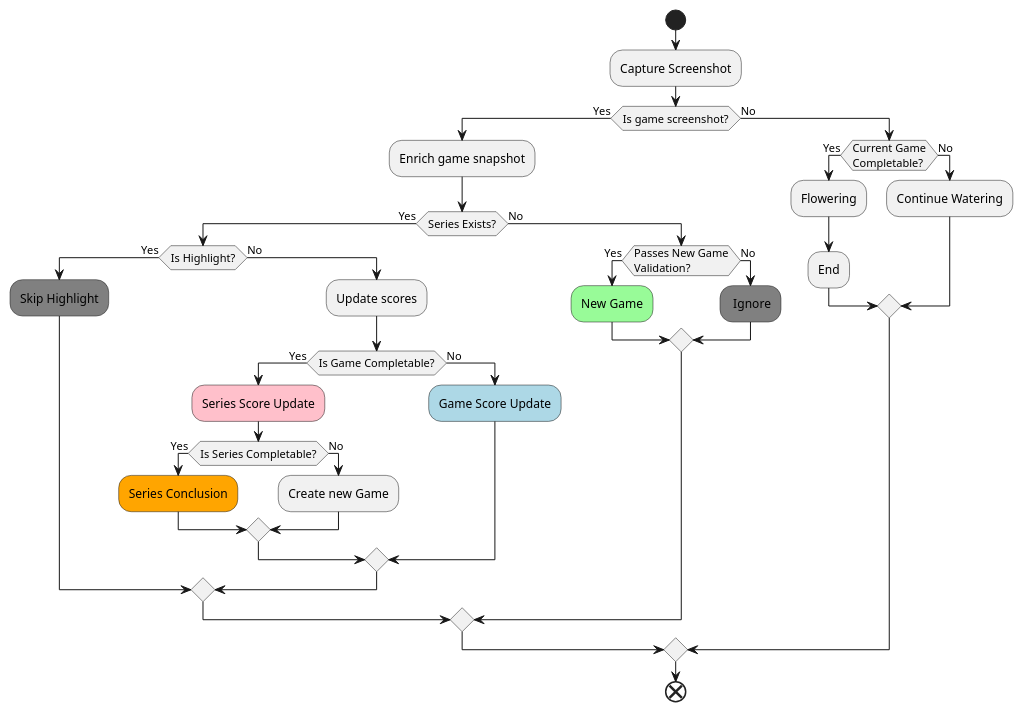
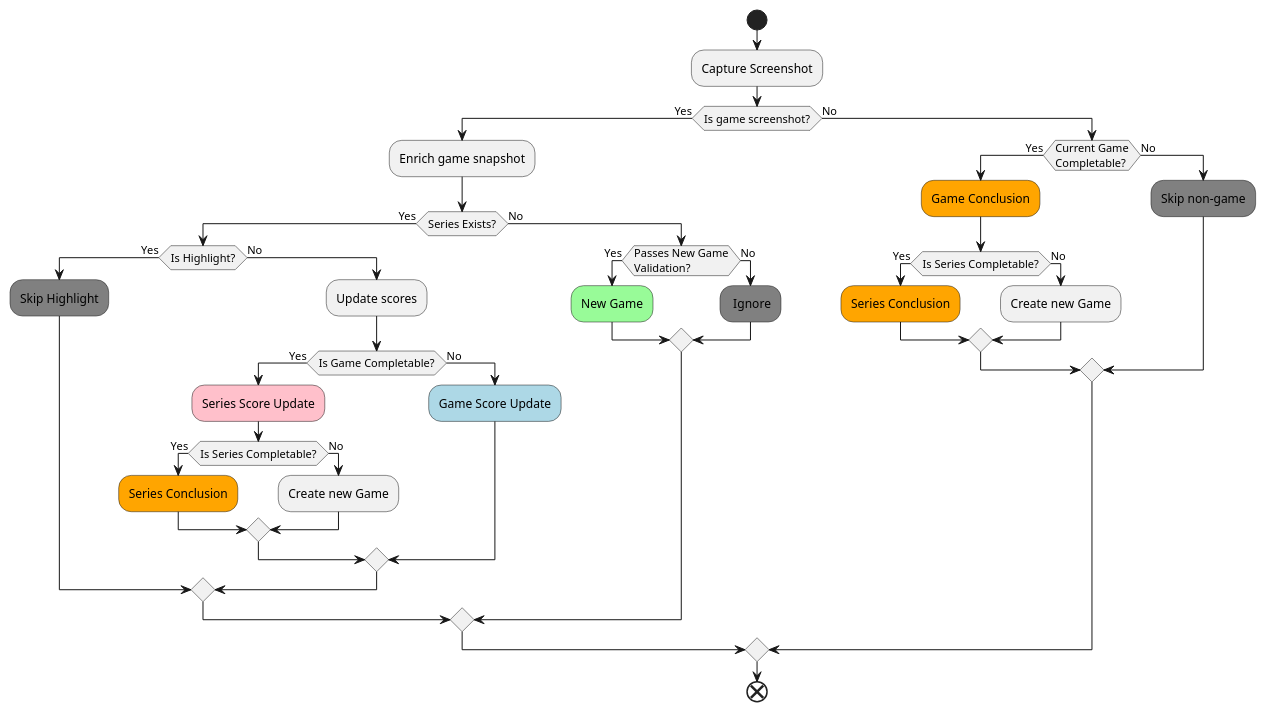
One commit to wfbfm/rlcs-bot changed the diagram in src/main/java/com/wfbfm/rlcsbot/series/handler/game_scenarios.puml. Above: the diagram before and after it, drawn with PlantUML.

Commit message:
Initial game_scenarios.puml

```diff
--- a/src/main/java/com/wfbfm/rlcsbot/series/handler/game_scenarios.puml
+++ b/src/main/java/com/wfbfm/rlcsbot/series/handler/game_scenarios.puml
@@ -1,39 +1,43 @@
 @startuml
 
 start
 :Capture Screenshot;
 if (Is game screenshot?) then (Yes)
     :Enrich game snapshot;
     if (Series Exists?) then (Yes)
         if (Is Highlight?) then (Yes)
             #grey:Skip Highlight;
         else (No)
             :Update scores;
             if (Is Game Completable?) then (Yes)
                 #pink:Series Score Update;
             if (Is Series Completable?) then (Yes)
                 #orange:Series Conclusion;
             else (No)
                 :Create new Game;
             endif
             else (No)
                 #lightblue:Game Score Update;
             endif
         endif
     else (No)
         if (Passes New Game\nValidation?) then (Yes)
             #palegreen:New Game;
         else (No)
             #grey: Ignore;
         endif
     endif
 else (No)
     if (Current Game\nCompletable?) then (Yes)
-        :Flowering;
-        :End;
+        #orange:Game Conclusion;
+            if (Is Series Completable?) then (Yes)
+                #orange:Series Conclusion;
+            else (No)
+                :Create new Game;
+            endif
     else (No)
-        :Continue Watering;
+        #grey:Skip non-game;
     endif
 endif
 end
 @enduml
```
